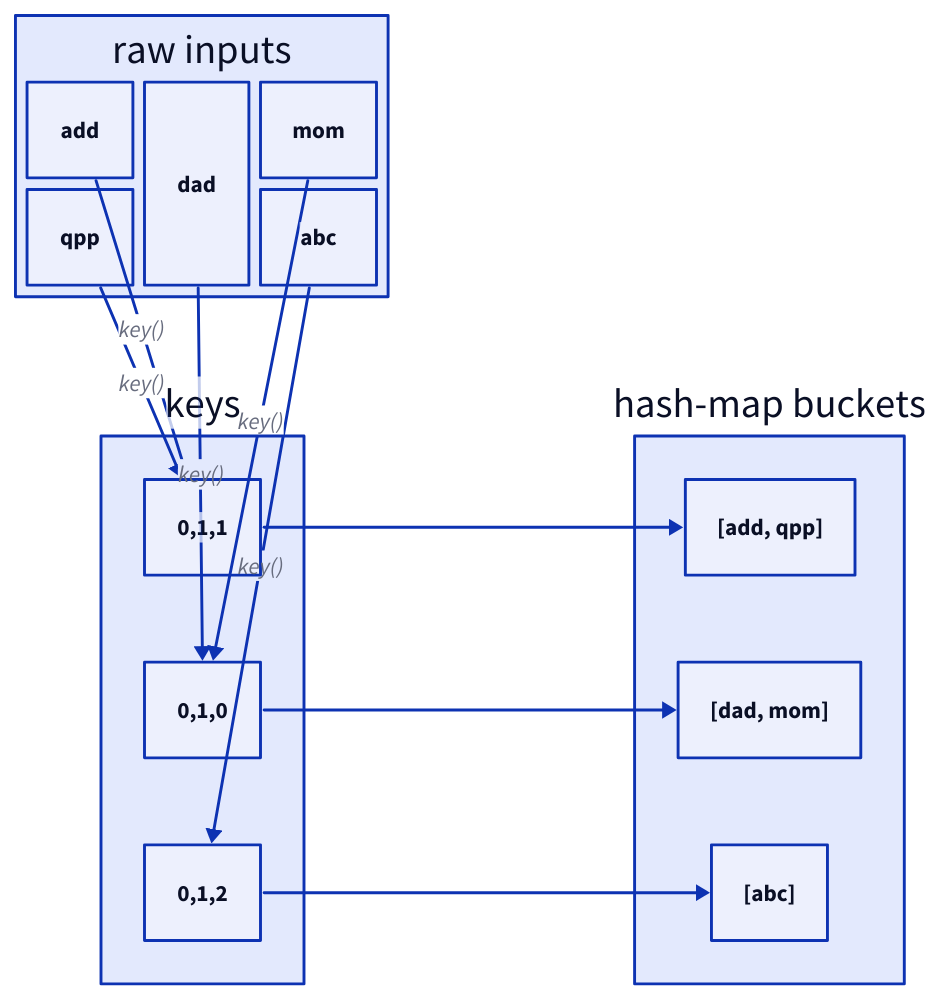
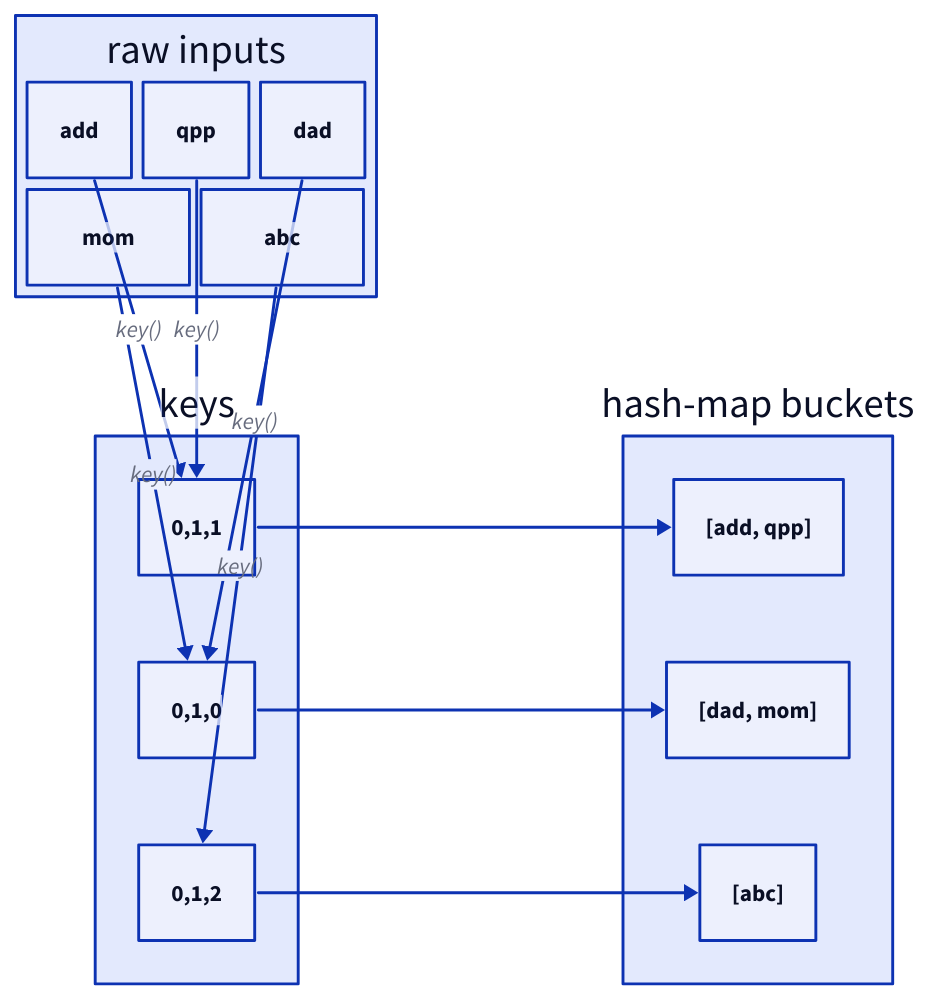
The first of 5 diagrams in content/cortex/data-structures-and-algorithms/01-data-structures/04-hash-table/07-pattern-pattern-generation.md (ani2fun/codefolio), drawn with D2 before and after one commit. The commit also changed other lines of this file and 352 other files, not shown here.

First line of the commit message:
Architectural deepening: pipelines, content, icons, AsyncResult

````diff
--- a/content/cortex/data-structures-and-algorithms/01-data-structures/04-hash-table/07-pattern-pattern-generation.md
+++ b/content/cortex/data-structures-and-algorithms/01-data-structures/04-hash-table/07-pattern-pattern-generation.md
@@ -34,35 +30,35 @@
 ```d2
 direction: right
 
 inp: raw inputs {
-  grid-columns: 3
+  grid-rows: 2
   grid-gap: 8
   a: add
   b: qpp
   c: dad
   d: mom
   e: abc
 }
 
 keys: keys {
   k1: "0,1,1"
   k2: "0,1,0"
   k3: "0,1,2"
 }
 
 buckets: hash-map buckets {
   g1: "[add, qpp]"
   g2: "[dad, mom]"
   g3: "[abc]"
 }
 
 inp.a -> keys.k1: "key()"
 inp.b -> keys.k1: "key()"
 inp.c -> keys.k2: "key()"
 inp.d -> keys.k2: "key()"
 inp.e -> keys.k3: "key()"
 
 keys.k1 -> buckets.g1
 keys.k2 -> buckets.g2
 keys.k3 -> buckets.g3
 ```
````
